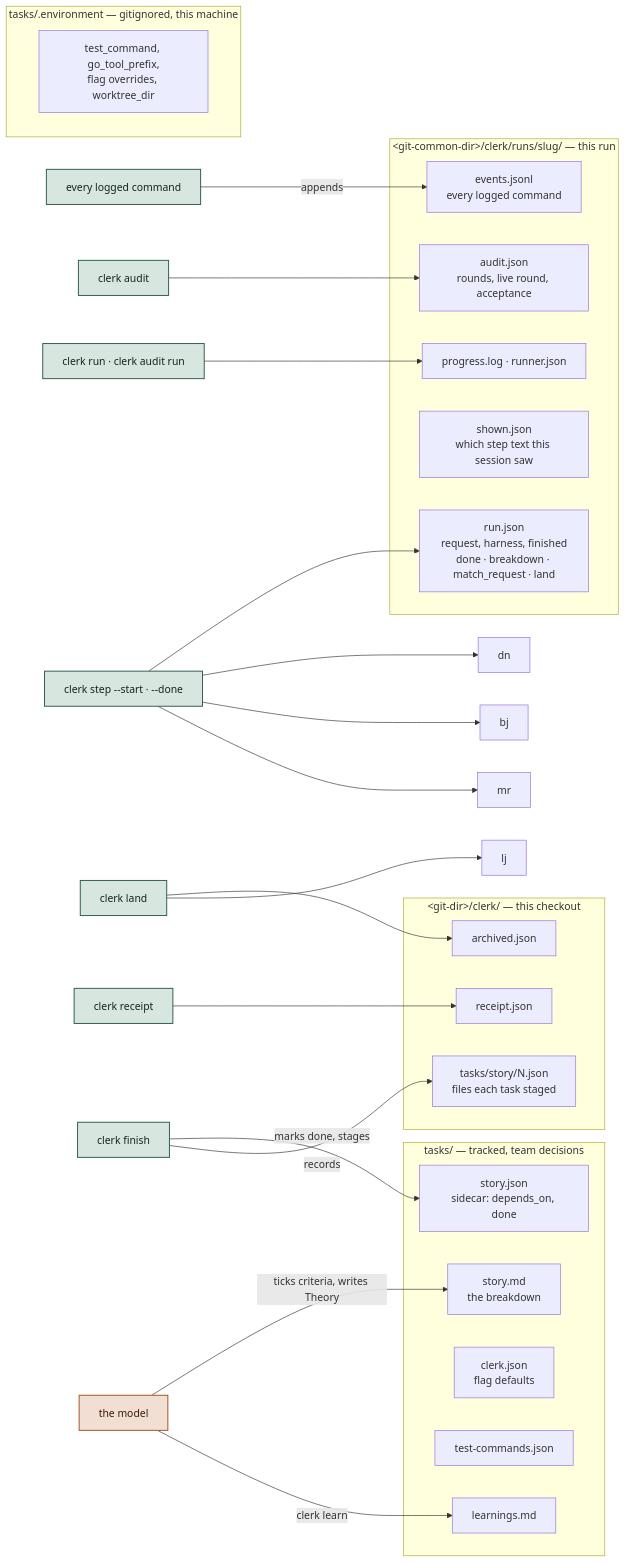
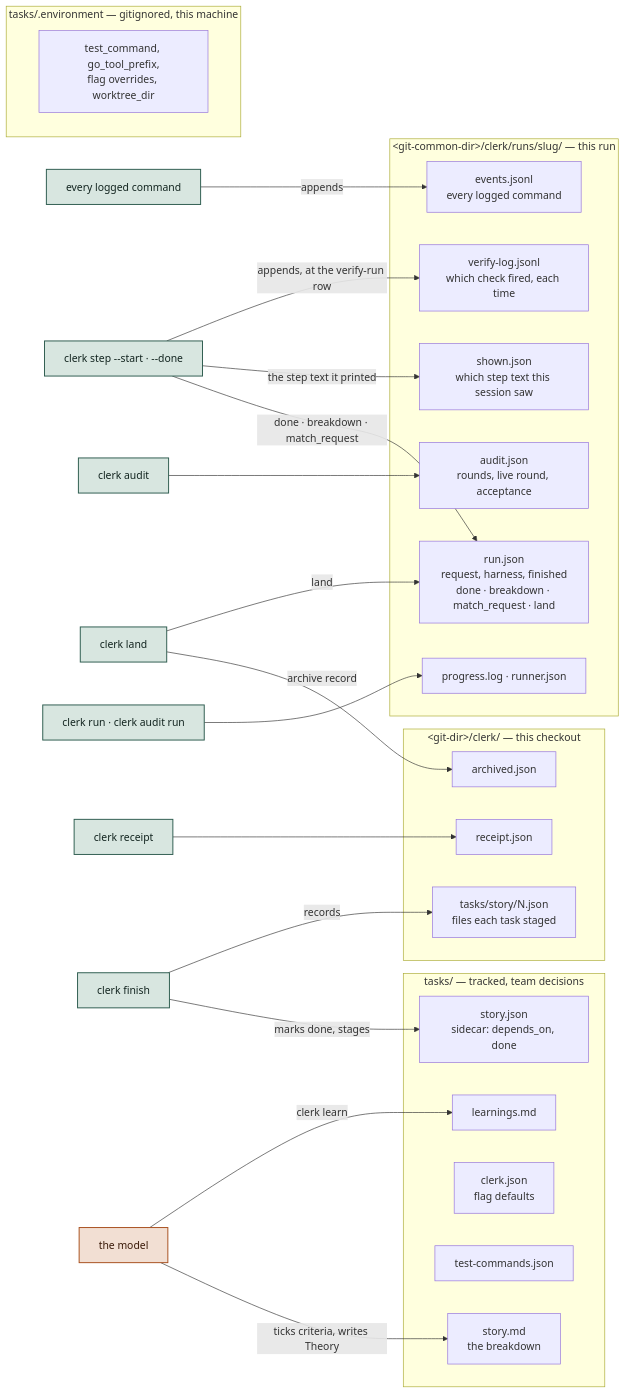
One commit to hpcsc/dotfiles changed the fifth of 10 diagrams in docs/clerk-structure.md. Above: the diagram before and after it, drawn with Mermaid. The commit also changed other lines of this file, not shown here.

First line of the commit message:
Rewrite the clerk doc for a first-time reader

````diff
--- a/docs/clerk-structure.md
+++ b/docs/clerk-structure.md
@@ -75,43 +126,43 @@
 ```mermaid
 flowchart LR
   subgraph T["tasks/ — tracked, team decisions"]
     bd["story.md<br/>the breakdown"]
     sc["story.json<br/>sidecar: depends_on, done"]
     cj["clerk.json<br/>flag defaults"]
     tc["test-commands.json"]
     lp["learnings.md"]
   end
   subgraph E["tasks/.environment — gitignored, this machine"]
     env["test_command, go_tool_prefix,<br/>flag overrides, worktree_dir"]
   end
   subgraph G["&lt;git-dir&gt;/clerk/ — this checkout"]
     rc["receipt.json"]
     ar["archived.json"]
     tr["tasks/story/N.json<br/>files each task staged"]
   end
   subgraph R["&lt;git-common-dir&gt;/clerk/runs/slug/ — this run"]
     rj["run.json<br/>request, harness, finished<br/>done · breakdown · match_request · land"]
     ev["events.jsonl<br/>every logged command"]
+    vl["verify-log.jsonl<br/>which check fired, each time"]
     aj["audit.json<br/>rounds, live round, acceptance"]
     sh["shown.json<br/>which step text this session saw"]
     pl["progress.log · runner.json"]
   end
   finish["clerk finish"]:::clerk -->|marks done, stages| sc
   finish -->|records| tr
   receipt["clerk receipt"]:::clerk --> rc
-  land["clerk land"]:::clerk --> ar
-  land --> lj
+  land["clerk land"]:::clerk -->|archive record| ar
+  land -->|land| rj
   logged["every logged command"]:::clerk -->|appends| ev
-  step["clerk step --start · --done"]:::clerk --> rj
-  step --> dn
-  step --> bj
-  step --> mr
+  step["clerk step --start · --done"]:::clerk -->|done · breakdown · match_request| rj
+  step -->|the step text it printed| sh
+  step -->|appends, at the verify-run row| vl
   audit["clerk audit"]:::clerk --> aj
   run["clerk run · clerk audit run"]:::clerk --> pl
   model["the model"]:::you -->|ticks criteria, writes Theory| bd
   model -->|clerk learn| lp
   classDef clerk fill:#D8E6E0,stroke:#2F5D50,stroke-width:1.5px,color:#132520
   classDef you fill:#F2DFD3,stroke:#A8501E,stroke-width:1.5px,color:#3A1A08
   classDef plain fill:#EEF0EC,stroke:#5C645F,stroke-width:1px,color:#1B1F1D
   classDef file fill:#FFFFFF,stroke:#9AA39D,stroke-width:1px,color:#1B1F1D
 ```
````
